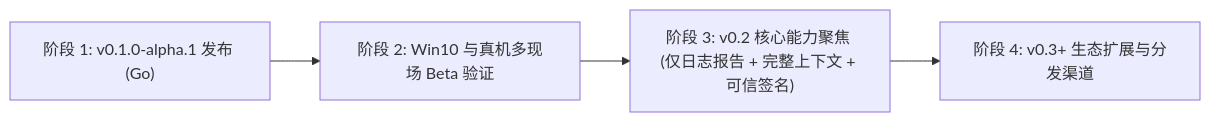
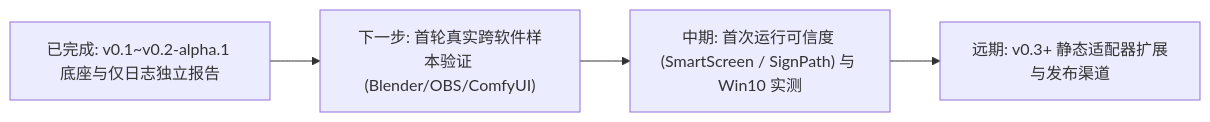
Before and after one commit to Z1FU114514/GameCrashKit: the diagram in docs/PROJECT_SUMMARY_AND_ROADMAP.md, drawn with Mermaid. The commit also changed other lines of this file and 18 other files, not shown here.

````diff
--- a/docs/PROJECT_SUMMARY_AND_ROADMAP.md
+++ b/docs/PROJECT_SUMMARY_AND_ROADMAP.md
@@ -81,6 +84,6 @@
 ```mermaid
 flowchart LR
-    S1["阶段 1: v0.1.0-alpha.1 发布 (Go)"] --> S2["阶段 2: Win10 与真机多现场 Beta 验证"]
-    S2 --> S3["阶段 3: v0.2 核心能力聚焦 (仅日志报告 + 完整上下文 + 可信签名)"]
-    S3 --> S4["阶段 4: v0.3+ 生态扩展与分发渠道"]
+    S1["已完成: v0.1~v0.2-alpha.1 底座与仅日志独立报告"] --> S2["下一步: 首轮真实跨软件样本验证 (Blender/OBS/ComfyUI)"]
+    S2 --> S3["中期: 首次运行可信度 (SmartScreen / SignPath) 与 Win10 实测"]
+    S3 --> S4["远期: v0.3+ 静态适配器扩展与发布渠道"]
 ```
````
